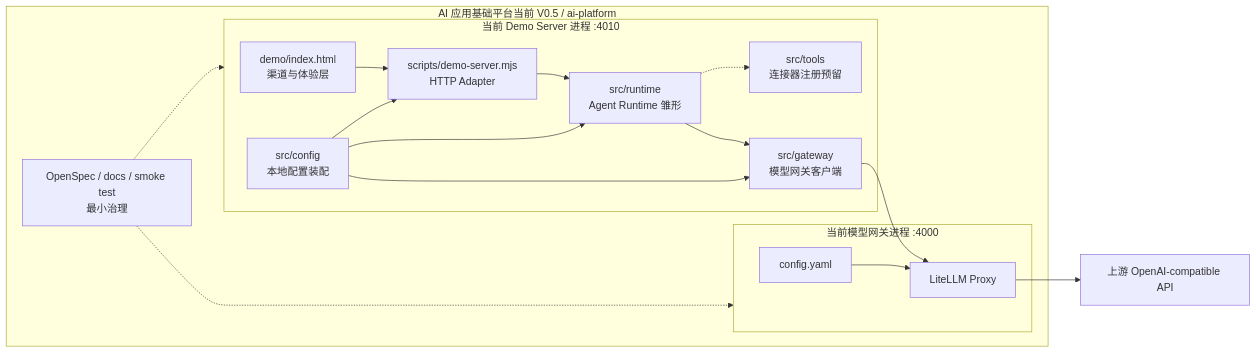
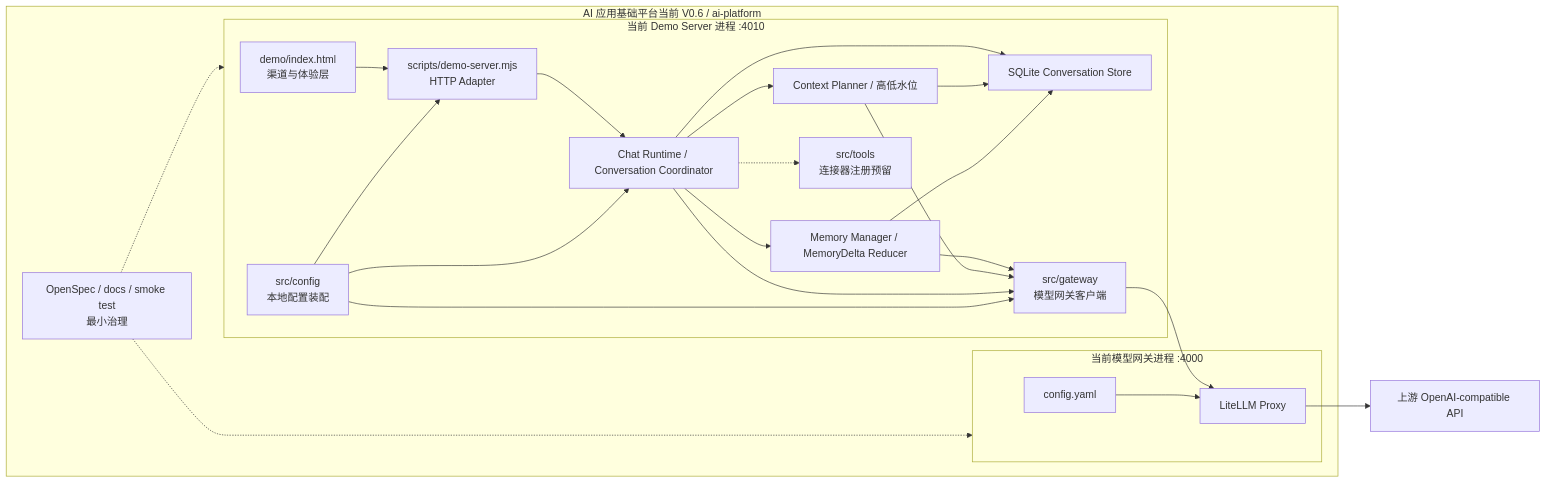
The second of 2 diagrams in docs/ai-structure.md (leidaibo-lab/ai-platform), drawn with Mermaid before and after one commit. The commit also changed other lines of this file and 27 other files, not shown here.

````diff
--- a/docs/ai-structure.md
+++ b/docs/ai-structure.md
@@ -247,35 +245,45 @@
 ```mermaid
 flowchart LR
-  subgraph CurrentPlatform["AI 应用基础平台当前 V0.5 / ai-platform"]
+  subgraph CurrentPlatform["AI 应用基础平台当前 V0.6 / ai-platform"]
     subgraph CurrentProcess["当前 Demo Server 进程 :4010"]
       DemoUi["demo/index.html<br/>渠道与体验层"]
       HttpAdapter["scripts/demo-server.mjs<br/>HTTP Adapter"]
-      RuntimeCode["src/runtime<br/>Agent Runtime 雏形"]
+      RuntimeCode["Chat Runtime / Conversation Coordinator"]
+      ContextPlanner["Context Planner / 高低水位"]
+      MemoryManager["Memory Manager / MemoryDelta Reducer"]
+      ConversationStore["SQLite Conversation Store"]
       ToolRegistry["src/tools<br/>连接器注册预留"]
       GatewayClient["src/gateway<br/>模型网关客户端"]
       ConfigLoader["src/config<br/>本地配置装配"]
     end
 
     subgraph GatewayProcess["当前模型网关进程 :4000"]
       LiteLLM["LiteLLM Proxy"]
       GatewayConfig["config.yaml"]
     end
 
     Contract["OpenSpec / docs / smoke test<br/>最小治理"]
   end
 
   Upstream["上游 OpenAI-compatible API"]
 
   DemoUi --> HttpAdapter
   HttpAdapter --> RuntimeCode
+  RuntimeCode --> ContextPlanner
+  RuntimeCode --> MemoryManager
+  RuntimeCode --> ConversationStore
+  ContextPlanner --> ConversationStore
+  MemoryManager --> ConversationStore
+  MemoryManager --> GatewayClient
+  ContextPlanner --> GatewayClient
   RuntimeCode -.-> ToolRegistry
   RuntimeCode --> GatewayClient
   GatewayClient --> LiteLLM
   GatewayConfig --> LiteLLM
   LiteLLM --> Upstream
   ConfigLoader --> HttpAdapter
   ConfigLoader --> RuntimeCode
   ConfigLoader --> GatewayClient
   Contract -.-> CurrentProcess
   Contract -.-> GatewayProcess
 ```
````
